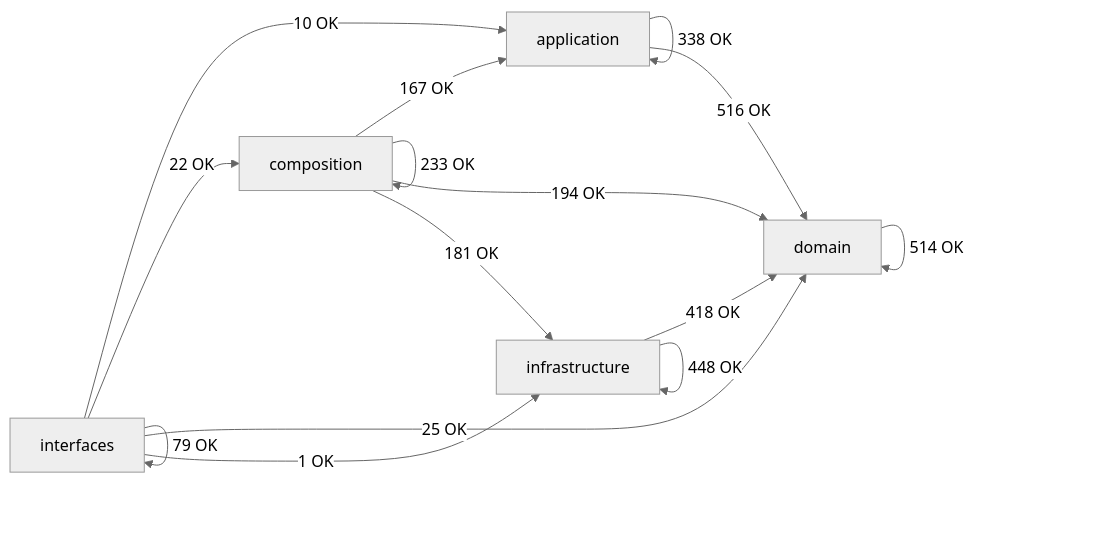
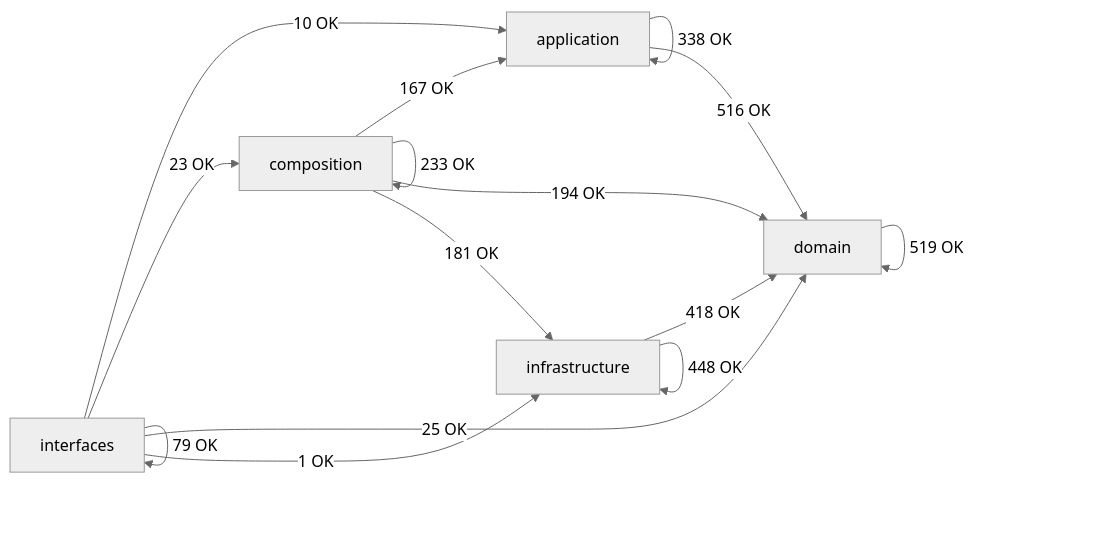
One commit to SatoryKono/BioactivityDataAcquisition changed the diagram in docs/02-architecture/generated/module-dependency-map.md. Above: the diagram before and after it, drawn with Mermaid (neutral theme). The commit also changed other lines of this file and 33 other files, not shown here.

````diff
--- a/docs/02-architecture/generated/module-dependency-map.md
+++ b/docs/02-architecture/generated/module-dependency-map.md
@@ -15,22 +15,22 @@
 ```mermaid
 flowchart LR
     domain[domain]
     application[application]
     infrastructure[infrastructure]
     composition[composition]
     interfaces[interfaces]
     application -->|338 OK| application
     application -->|516 OK| domain
     composition -->|167 OK| application
     composition -->|233 OK| composition
     composition -->|194 OK| domain
     composition -->|181 OK| infrastructure
-    domain -->|514 OK| domain
+    domain -->|519 OK| domain
     infrastructure -->|418 OK| domain
     infrastructure -->|448 OK| infrastructure
     interfaces -->|10 OK| application
-    interfaces -->|22 OK| composition
+    interfaces -->|23 OK| composition
     interfaces -->|25 OK| domain
     interfaces -->|1 OK| infrastructure
     interfaces -->|79 OK| interfaces
 ```
````
